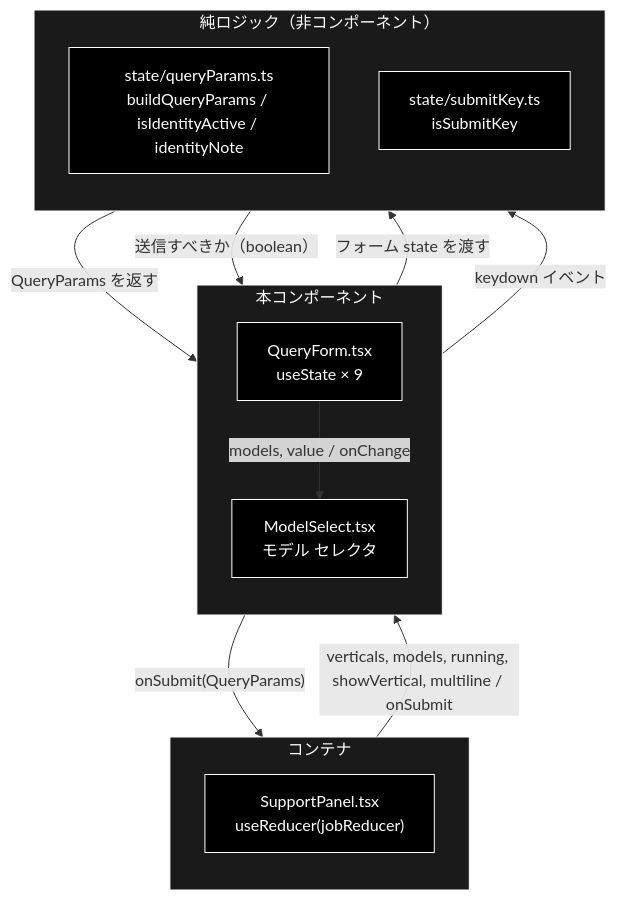
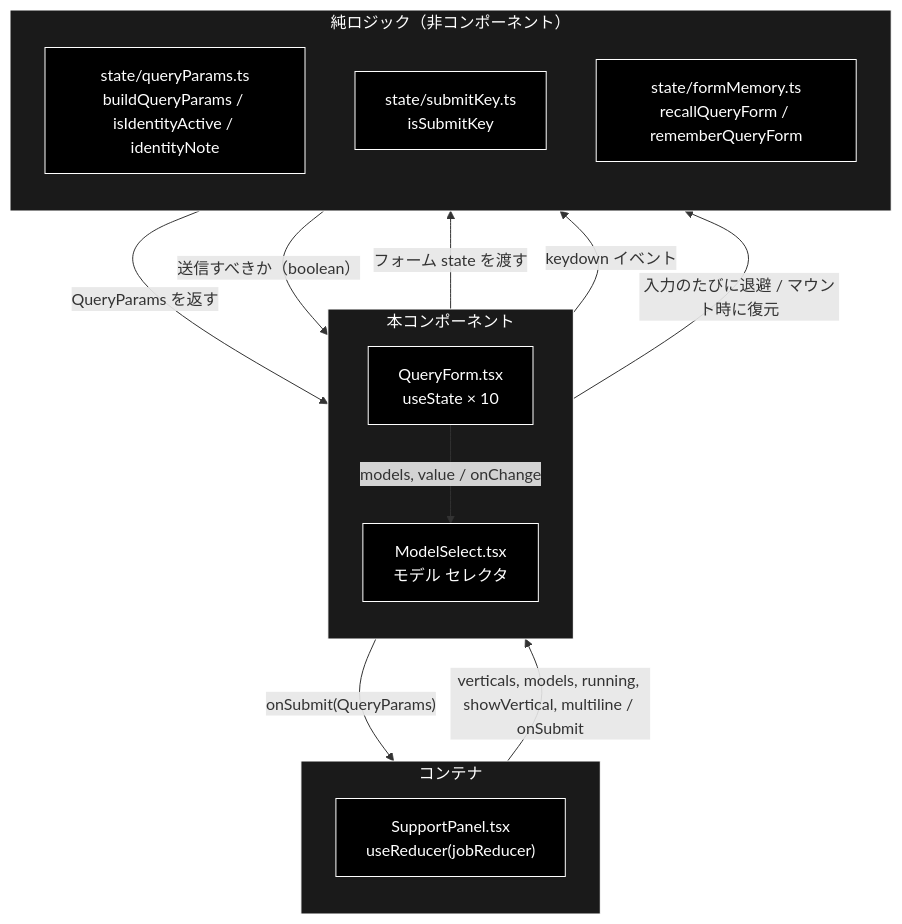
One commit to nakashima2toshio/grace_v2_local changed the first of 3 diagrams in frontend/docs/QueryForm.md. Above: the diagram before and after it, drawn with Mermaid. The commit also changed other lines of this file and 20 other files, not shown here.

````diff
--- a/frontend/docs/QueryForm.md
+++ b/frontend/docs/QueryForm.md
@@ -74,31 +74,33 @@
 ```mermaid
 flowchart TB
     subgraph Container["コンテナ"]
         direction TB
         SP["SupportPanel.tsx<br>useReducer(jobReducer)"]
     end
     subgraph Form["本コンポーネント"]
         direction TB
-        QF["QueryForm.tsx<br>useState × 9"]
+        QF["QueryForm.tsx<br>useState × 10"]
         MS["ModelSelect.tsx<br>モデル セレクタ"]
     end
     subgraph Logic["純ロジック（非コンポーネント）"]
         direction TB
         QP["state/queryParams.ts<br>buildQueryParams / isIdentityActive / identityNote"]
         SK["state/submitKey.ts<br>isSubmitKey"]
+        FM["state/formMemory.ts<br>recallQueryForm / rememberQueryForm"]
     end
 
     SP -->|"verticals, models, running, showVertical, multiline / onSubmit"| QF
     QF -->|"models, value / onChange"| MS
     QF -->|"フォーム state を渡す"| QP
     QP -->|"QueryParams を返す"| QF
     QF -->|"keydown イベント"| SK
     SK -->|"送信すべきか（boolean）"| QF
     QF -->|"onSubmit(QueryParams)"| SP
+    QF -->|"入力のたびに退避 / マウント時に復元"| FM
 classDef default fill:#000,stroke:#fff,color:#fff
 classDef subgraphStyle fill:#1a1a1a,stroke:#fff,color:#fff
-class SP,QF,MS,QP,SK default
+class SP,QF,MS,QP,SK,FM default
 style Container fill:#1a1a1a,stroke:#fff,color:#fff
 style Form fill:#1a1a1a,stroke:#fff,color:#fff
 style Logic fill:#1a1a1a,stroke:#fff,color:#fff
 ```
````
